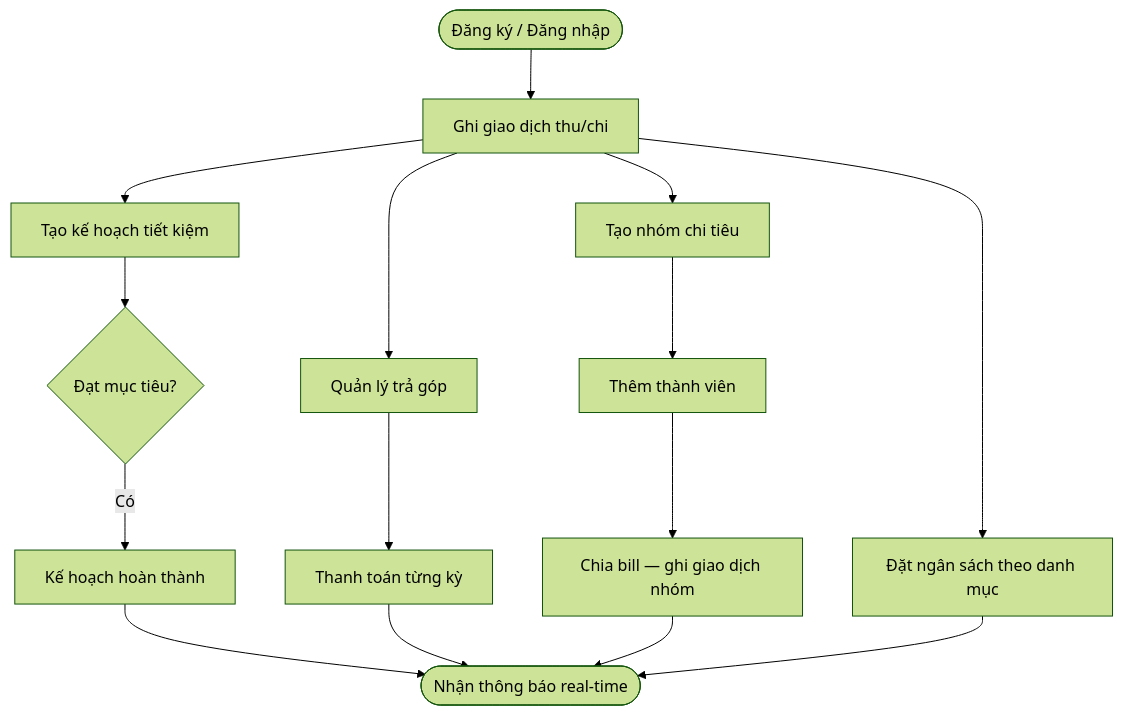
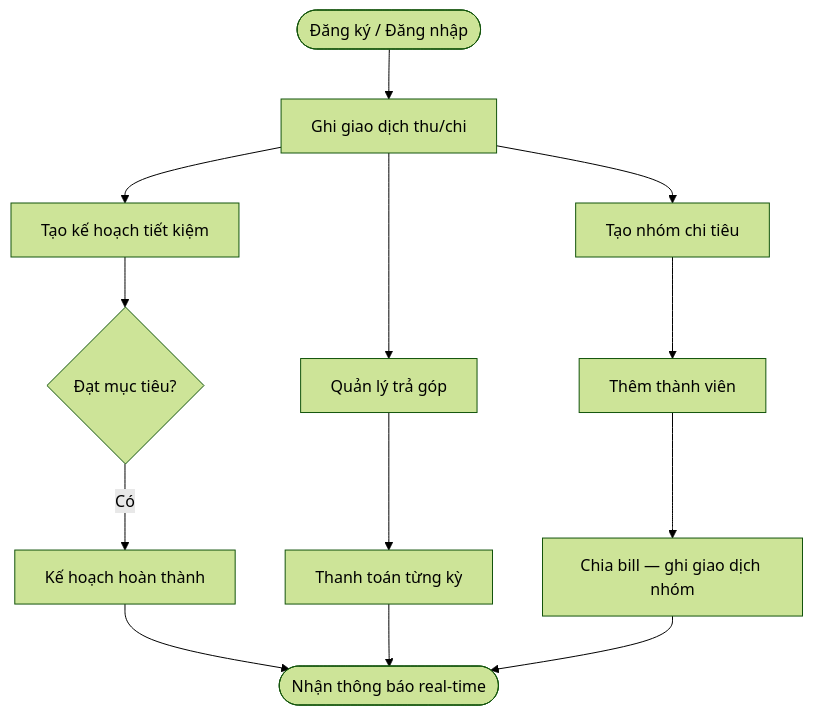
Before and after one commit to phanduy2310/Financial-Management: the first of 8 diagrams in docs/analysis-and-design-ddd.md, drawn with Mermaid (forest theme). The commit also changed other lines of this file and 1 other file, not shown here.

````diff
--- a/docs/analysis-and-design-ddd.md
+++ b/docs/analysis-and-design-ddd.md
@@ -14,17 +14,15 @@
 ```mermaid
 flowchart TD
     A([Đăng ký / Đăng nhập]) --> B[Ghi giao dịch thu/chi]
-    B --> C[Đặt ngân sách theo danh mục]
-    B --> D[Tạo kế hoạch tiết kiệm]
-    B --> E[Quản lý trả góp]
-    B --> F[Tạo nhóm chi tiêu]
-    D --> G{Đạt mục tiêu?}
-    G -->|Có| H[Kế hoạch hoàn thành]
-    E --> I[Thanh toán từng kỳ]
-    F --> J[Thêm thành viên]
-    J --> K[Chia bill — ghi giao dịch nhóm]
-    H --> L([Nhận thông báo real-time])
-    I --> L
-    K --> L
-    C --> L
+    B --> C[Tạo kế hoạch tiết kiệm]
+    B --> D[Quản lý trả góp]
+    B --> E[Tạo nhóm chi tiêu]
+    C --> F{Đạt mục tiêu?}
+    F -->|Có| G[Kế hoạch hoàn thành]
+    D --> H[Thanh toán từng kỳ]
+    E --> I[Thêm thành viên]
+    I --> J[Chia bill — ghi giao dịch nhóm]
+    G --> K([Nhận thông báo real-time])
+    H --> K
+    J --> K
 ```
````
